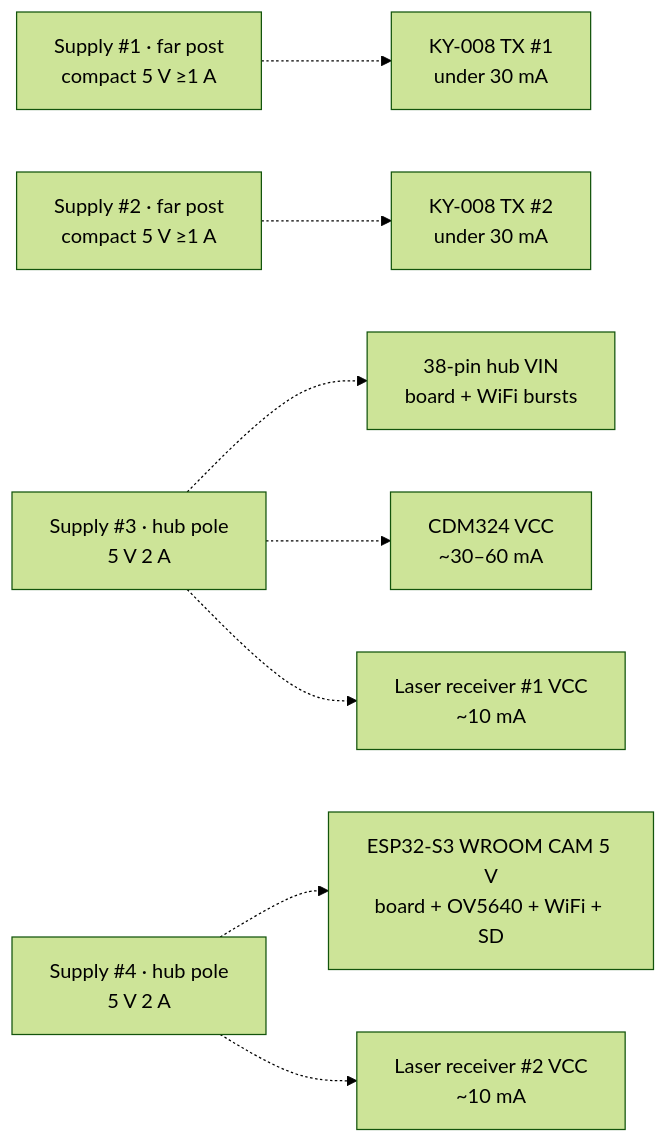
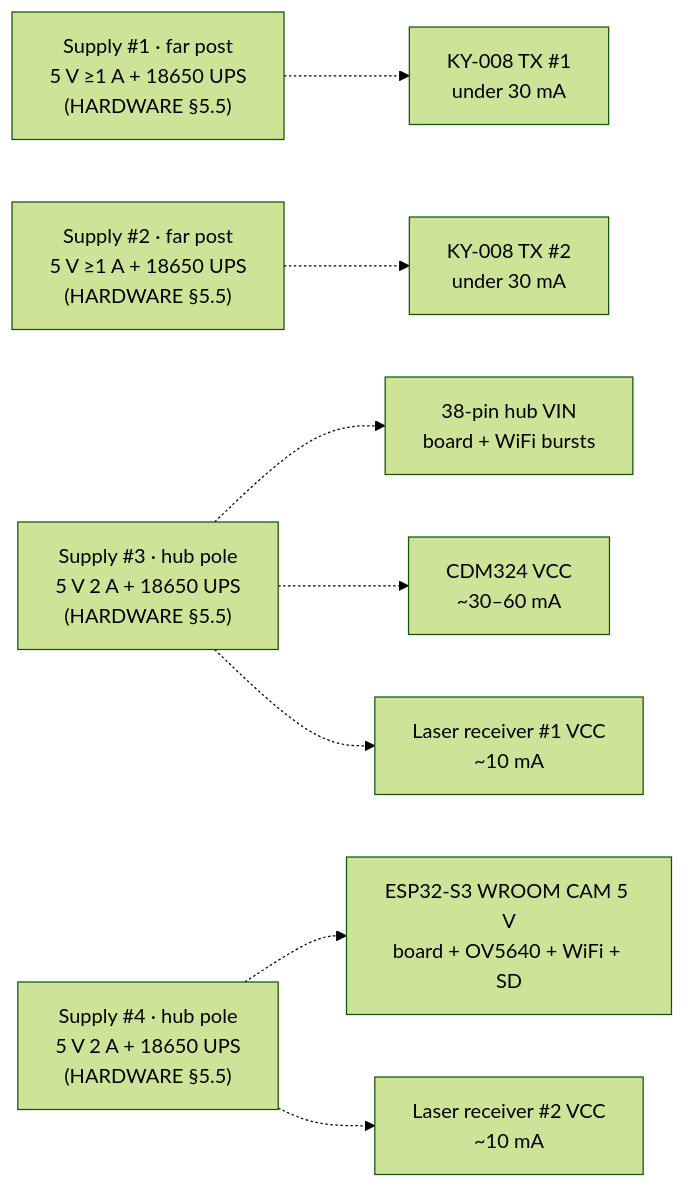
Before and after one commit to qppd/safeway: the second of 2 diagrams in docs/BLOCK-DIAGRAM.md, drawn with Mermaid (forest theme). The commit also changed other lines of this file, not shown here.

Commit message:
Sync block diagram: LM358 in signal chain, 18650 UPS on all four supplies
🤖 Generated with Codebuff

````diff
--- a/docs/BLOCK-DIAGRAM.md
+++ b/docs/BLOCK-DIAGRAM.md
@@ -64,10 +64,10 @@
 ```mermaid
 flowchart LR
-    S1["Supply #1 · far post<br/>compact 5 V ≥1 A"] -.-> TX1V["KY-008 TX #1<br/>under 30 mA"]
-    S2["Supply #2 · far post<br/>compact 5 V ≥1 A"] -.-> TX2V["KY-008 TX #2<br/>under 30 mA"]
-    S3["Supply #3 · hub pole<br/>5 V 2 A"] -.-> HUBV["38-pin hub VIN<br/>board + WiFi bursts"]
+    S1["Supply #1 · far post<br/>5 V ≥1 A + 18650 UPS<br/>(HARDWARE §5.5)"] -.-> TX1V["KY-008 TX #1<br/>under 30 mA"]
+    S2["Supply #2 · far post<br/>5 V ≥1 A + 18650 UPS<br/>(HARDWARE §5.5)"] -.-> TX2V["KY-008 TX #2<br/>under 30 mA"]
+    S3["Supply #3 · hub pole<br/>5 V 2 A + 18650 UPS<br/>(HARDWARE §5.5)"] -.-> HUBV["38-pin hub VIN<br/>board + WiFi bursts"]
     S3 -.-> RRV["CDM324 VCC<br/>~30–60 mA"]
     S3 -.-> LRV["Laser receiver #1 VCC<br/>~10 mA"]
-    S4["Supply #4 · hub pole<br/>5 V 2 A"] -.-> CAMV["ESP32-S3 WROOM CAM 5 V<br/>board + OV5640 + WiFi + SD"]
+    S4["Supply #4 · hub pole<br/>5 V 2 A + 18650 UPS<br/>(HARDWARE §5.5)"] -.-> CAMV["ESP32-S3 WROOM CAM 5 V<br/>board + OV5640 + WiFi + SD"]
     S4 -.-> LRV2["Laser receiver #2 VCC<br/>~10 mA"]
 ```
````
